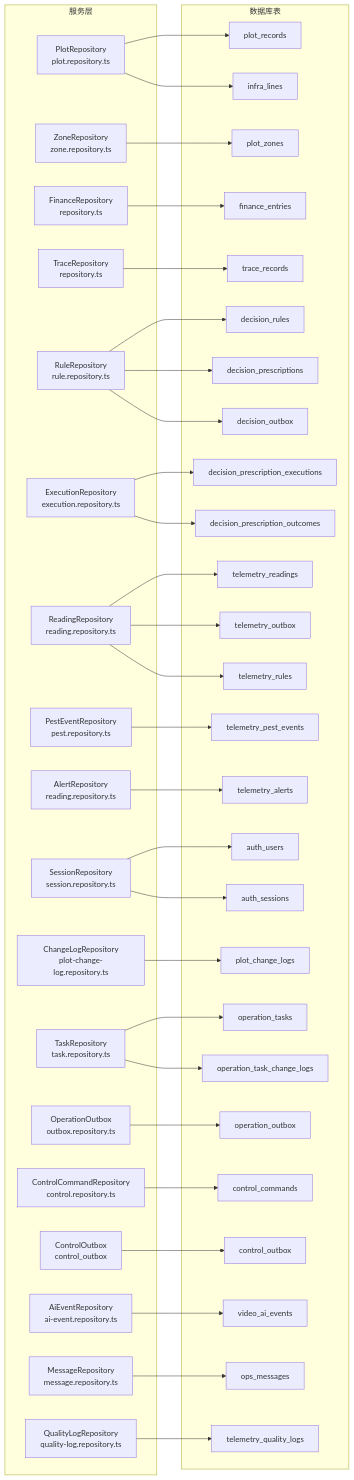
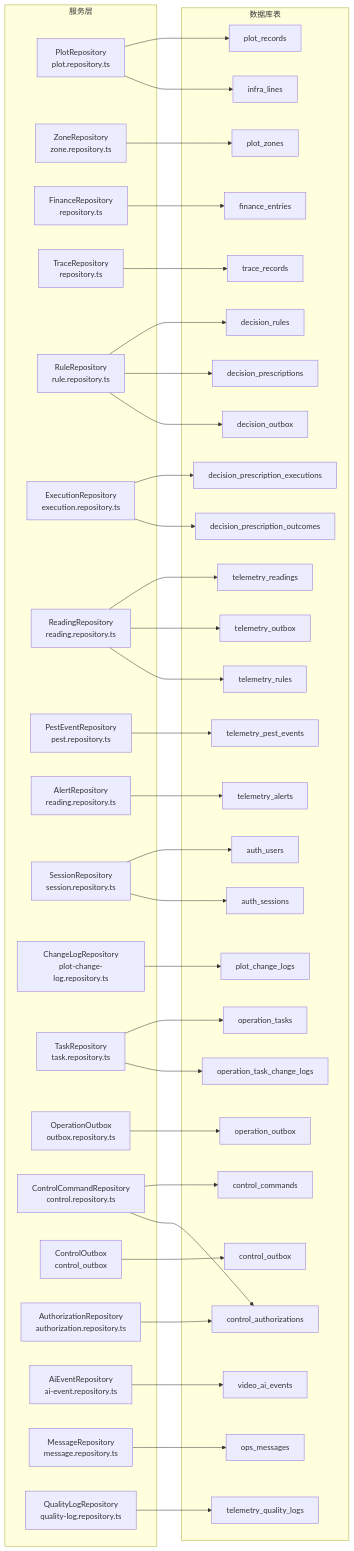
One commit to q446328246/agri-platform changed the second of 31 diagrams in .qoder/repowiki/zh/content/数据库设计/数据库设计.md. Above: the diagram before and after it, drawn with Mermaid. The commit also changed other lines of this file and 46 other files, not shown here.

````diff
--- a/.qoder/repowiki/zh/content/数据库设计/数据库设计.md
+++ b/.qoder/repowiki/zh/content/数据库设计/数据库设计.md
@@ -255,77 +274,81 @@
 ```mermaid
 graph LR
 subgraph "服务层"
 PS["PlotRepository<br/>plot.repository.ts"]
 ZR["ZoneRepository<br/>zone.repository.ts"]
 FS["FinanceRepository<br/>repository.ts"]
 TRS["TraceRepository<br/>repository.ts"]
 RS["RuleRepository<br/>rule.repository.ts"]
 ER["ExecutionRepository<br/>execution.repository.ts"]
 RR["ReadingRepository<br/>reading.repository.ts"]
 PR["PestEventRepository<br/>pest.repository.ts"]
 AR["AlertRepository<br/>reading.repository.ts"]
 ASR["SessionRepository<br/>session.repository.ts"]
 CLR["ChangeLogRepository<br/>plot-change-log.repository.ts"]
 TSR["TaskRepository<br/>task.repository.ts"]
 OOB["OperationOutbox<br/>outbox.repository.ts"]
 CR["ControlCommandRepository<br/>control.repository.ts"]
 COOB["ControlOutbox<br/>control_outbox"]
+AUR["AuthorizationRepository<br/>authorization.repository.ts"]
 VR["AiEventRepository<br/>ai-event.repository.ts"]
 MR["MessageRepository<br/>message.repository.ts"]
 QL["QualityLogRepository<br/>quality-log.repository.ts"]
 end
 subgraph "数据库表"
 T1["plot_records"]
 T2["finance_entries"]
 T3["trace_records"]
 T4["decision_rules"]
 T5["decision_prescriptions"]
 T6["decision_prescription_executions"]
 T7["decision_prescription_outcomes"]
 T8["telemetry_readings"]
 T9["telemetry_alerts"]
 T10["decision_outbox"]
 T11["telemetry_outbox"]
 T12["auth_users"]
 T13["auth_sessions"]
 T14["telemetry_rules"]
 T15["telemetry_pest_events"]
 T16["infra_lines"]
 T17["plot_zones"]
 T18["plot_change_logs"]
 T19["operation_tasks"]
 T20["operation_outbox"]
 T21["control_commands"]
 T22["control_outbox"]
 T23["operation_task_change_logs"]
 T24["video_ai_events"]
 T25["ops_messages"]
 T26["telemetry_quality_logs"]
+T27["control_authorizations"]
 end
 PS --> T1
 ZR --> T17
 FS --> T2
 TRS --> T3
 RS --> T4
 RS --> T5
 ER --> T6
 ER --> T7
 RR --> T8
 PR --> T15
 AR --> T9
 RS --> T10
 RR --> T11
 ASR --> T12
 ASR --> T13
 RR --> T14
 PS --> T16
 CLR --> T18
 TSR --> T19
 OOB --> T20
 CR --> T21
 COOB --> T22
 TSR --> T23
 VR --> T24
 MR --> T25
 QL --> T26
+CR --> T27
+AUR --> T27
 ```
````
